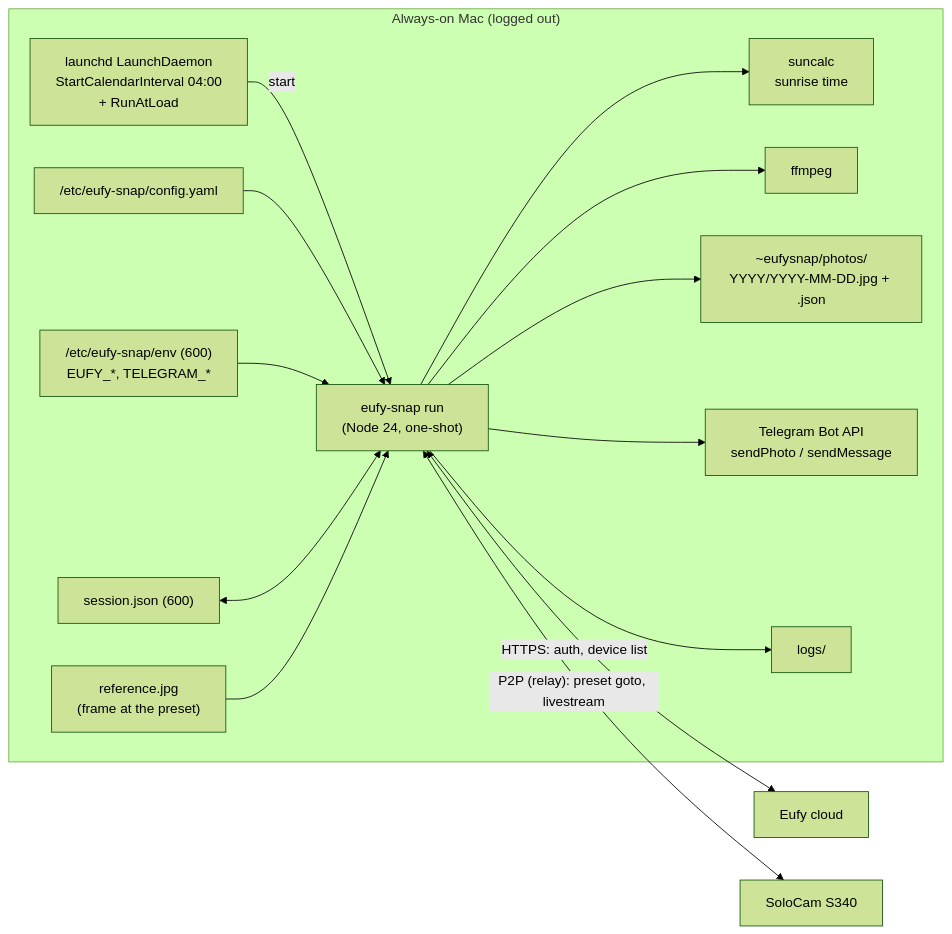
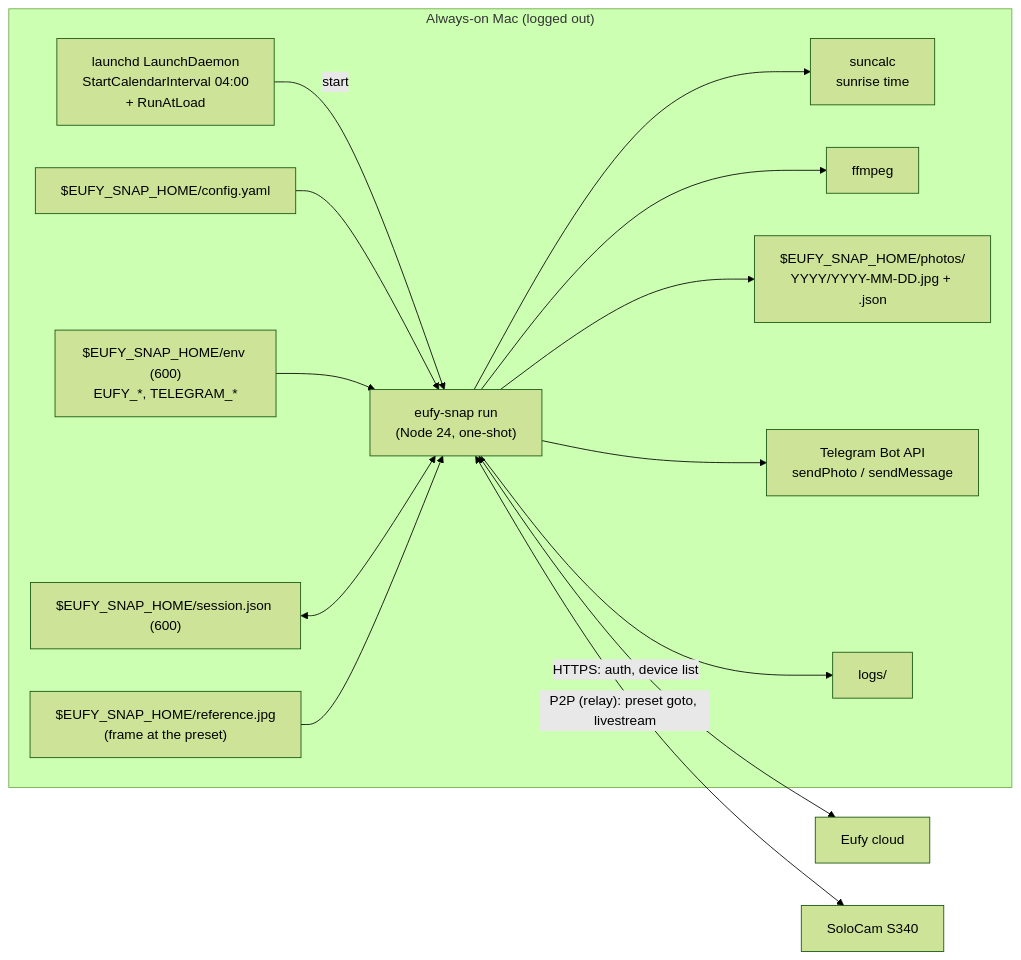
The first of 2 diagrams in docs/DESIGN.md (atiannicelli/eufy-snap), drawn with Mermaid (forest theme) before and after one commit. The commit also changed other lines of this file and 19 other files, not shown here.

````diff
--- a/docs/DESIGN.md
+++ b/docs/DESIGN.md
@@ -52,17 +53,17 @@
 ```mermaid
 flowchart LR
     subgraph mac["Always-on Mac (logged out)"]
         ld["launchd LaunchDaemon\nStartCalendarInterval 04:00\n+ RunAtLoad"] -->|"start"| run["eufy-snap run\n(Node 24, one-shot)"]
-        cfg["/etc/eufy-snap/config.yaml"] --> run
-        env["/etc/eufy-snap/env (600)\nEUFY_*, TELEGRAM_*"] --> run
-        sess["session.json (600)"] <--> run
-        ref["reference.jpg\n(frame at the preset)"] --> run
+        cfg["$EUFY_SNAP_HOME/config.yaml"] --> run
+        env["$EUFY_SNAP_HOME/env (600)\nEUFY_*, TELEGRAM_*"] --> run
+        sess["$EUFY_SNAP_HOME/session.json (600)"] <--> run
+        ref["$EUFY_SNAP_HOME/reference.jpg\n(frame at the preset)"] --> run
         run --> sun["suncalc\nsunrise time"]
         run --> ff["ffmpeg"]
-        run --> store["~eufysnap/photos/\nYYYY/YYYY-MM-DD.jpg + .json"]
+        run --> store["$EUFY_SNAP_HOME/photos/\nYYYY/YYYY-MM-DD.jpg + .json"]
         run --> tg["Telegram Bot API\nsendPhoto / sendMessage"]
         run --> logs["logs/"]
     end
     run <-->|"HTTPS: auth, device list"| cloud["Eufy cloud"]
     run <-->|"P2P (relay): preset goto, livestream"| cam["SoloCam S340"]
 ```
````
